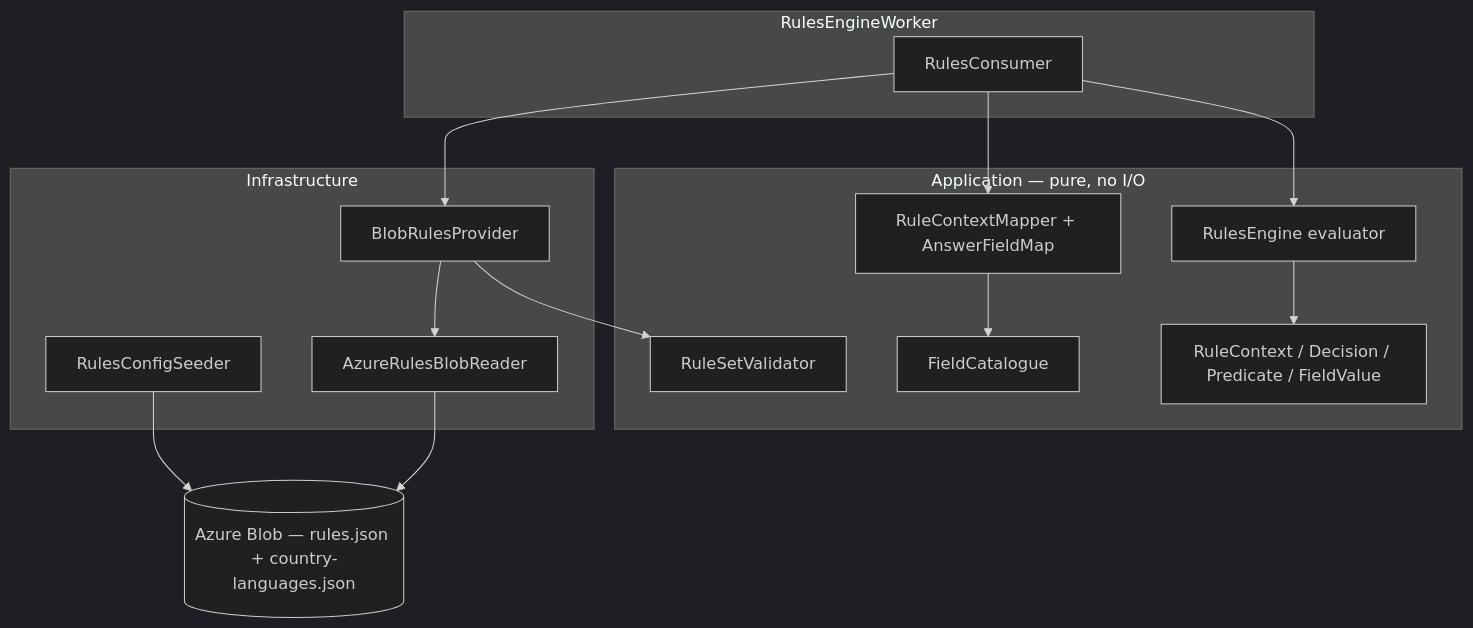
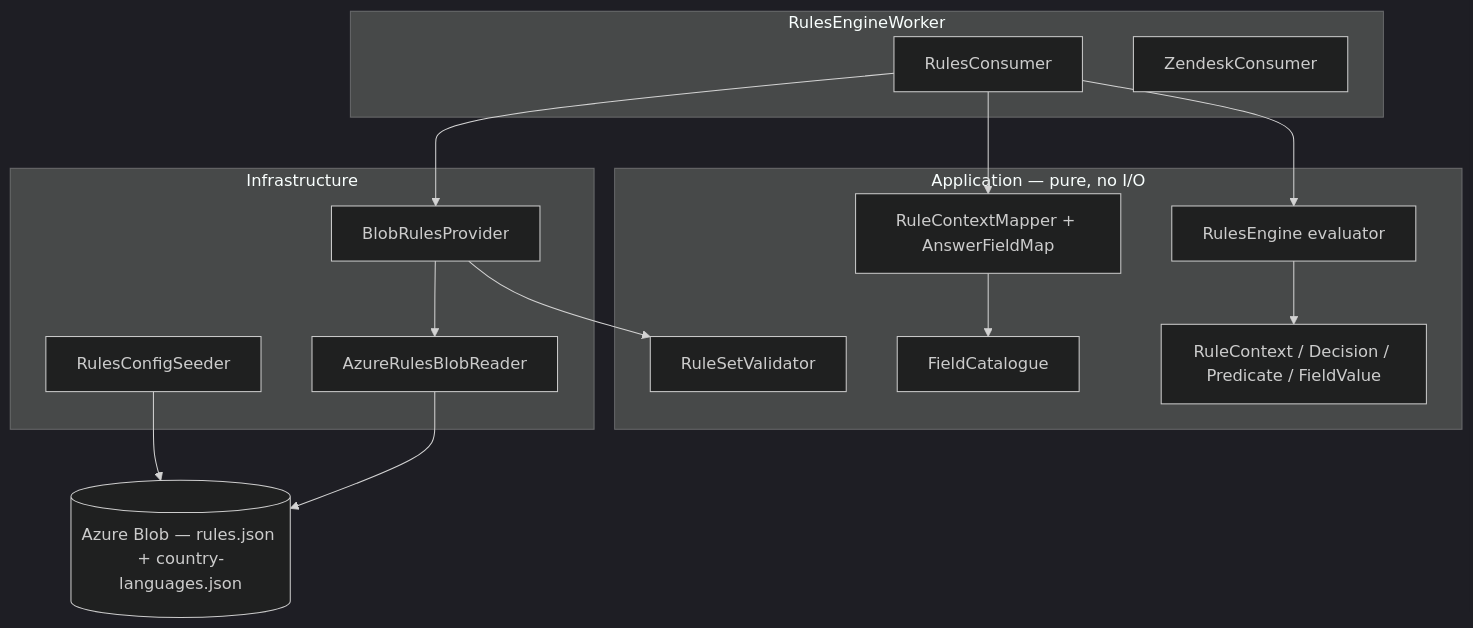
One commit to DFE-Digital/check-performance-data changed the third of 5 diagrams in docs/rules-engine.md. Above: the diagram before and after it, drawn with Mermaid (dark theme). The commit also changed other lines of this file, not shown here.

````diff
--- a/docs/rules-engine.md
+++ b/docs/rules-engine.md
@@ -64,29 +70,30 @@
 ```mermaid
 flowchart TB
     subgraph App["Application — pure, no I/O"]
         RE[RulesEngine evaluator]
         DM[RuleContext / Decision / Predicate / FieldValue]
         Map[RuleContextMapper + AnswerFieldMap]
         Cat[FieldCatalogue]
         Val[RuleSetValidator]
     end
     subgraph Infra["Infrastructure"]
         Prov[BlobRulesProvider]
         Seed[RulesConfigSeeder]
         Reader[AzureRulesBlobReader]
     end
     subgraph Worker["RulesEngineWorker"]
         Cons[RulesConsumer]
+        ZCons[ZendeskConsumer]
     end
     Blob[("Azure Blob — rules.json + country-languages.json")]
 
     Seed --> Blob
     Reader --> Blob
     Prov --> Reader
     Prov --> Val
     Cons --> Prov
     Cons --> Map
     Cons --> RE
     RE --> DM
     Map --> Cat
 ```
````
